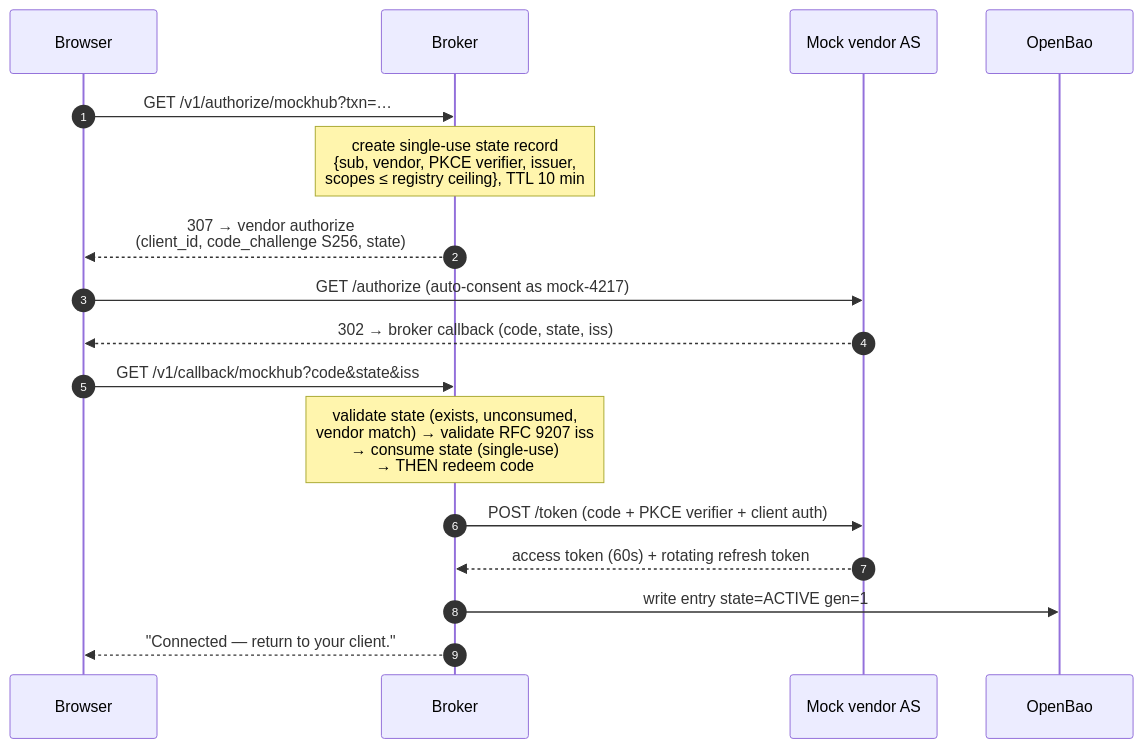
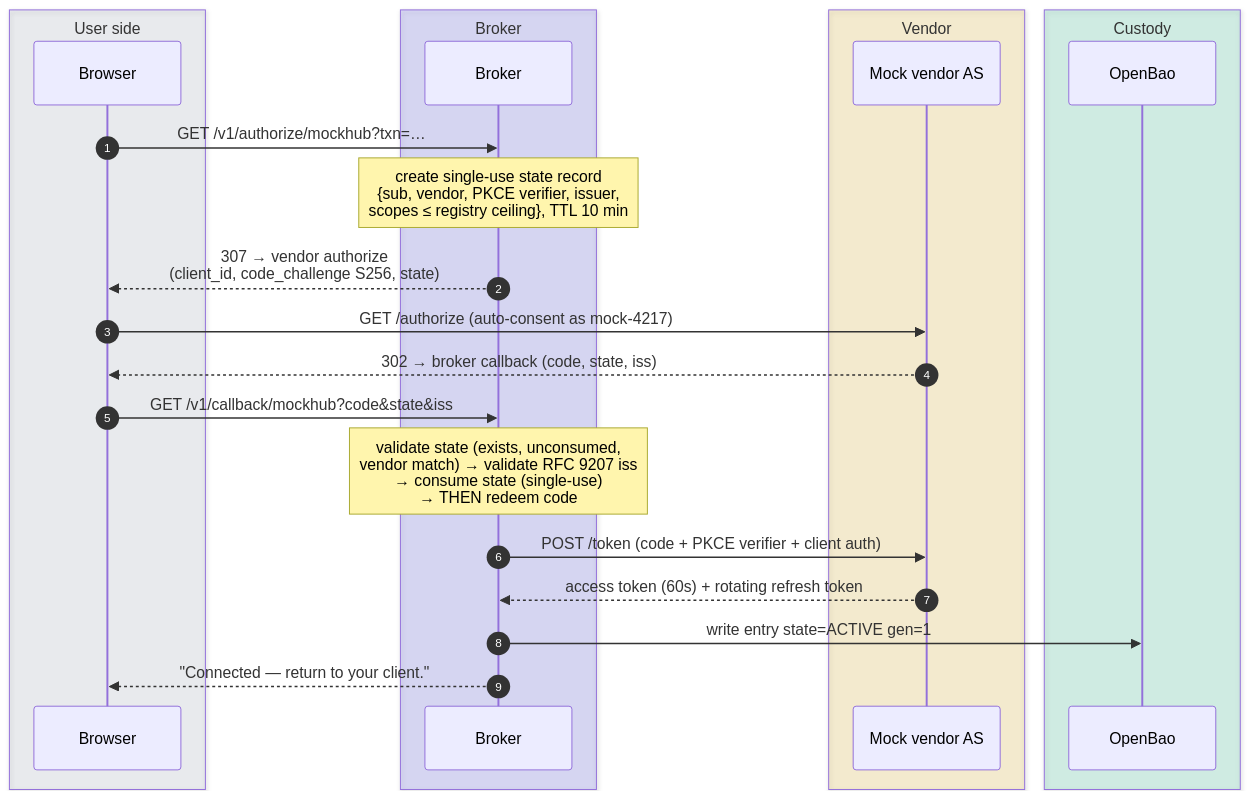
One commit to chief-builder/vendor-token-broker changed the third of 7 diagrams in docs/smoke-tests.md. Above: the diagram before and after it, drawn with Mermaid. The commit also changed other lines of this file and 1 other file, not shown here.

First line of the commit message:
docs: theme-aware diagram colors + decluttered orientation map

````diff
--- a/docs/smoke-tests.md
+++ b/docs/smoke-tests.md
@@ -140,19 +157,27 @@
 ```mermaid
 sequenceDiagram
     autonumber
-    participant UA as Browser
-    participant B as Broker
-    participant M as Mock vendor AS
-    participant V as OpenBao
+    box rgba(148,163,184,0.14) User side
+        participant UA as Browser
+    end
+    box rgba(99,102,241,0.20) Broker
+        participant B as Broker
+    end
+    box rgba(234,179,8,0.16) Vendor
+        participant M as Mock vendor AS
+    end
+    box rgba(16,185,129,0.16) Custody
+        participant V as OpenBao
+    end
     UA->>B: GET /v1/authorize/mockhub?txn=…
     Note over B: create single-use state record<br/>{sub, vendor, PKCE verifier, issuer,<br/>scopes ≤ registry ceiling}, TTL 10 min
     B-->>UA: 307 → vendor authorize<br/>(client_id, code_challenge S256, state)
     UA->>M: GET /authorize (auto-consent as mock-4217)
     M-->>UA: 302 → broker callback (code, state, iss)
     UA->>B: GET /v1/callback/mockhub?code&state&iss
     Note over B: validate state (exists, unconsumed,<br/>vendor match) → validate RFC 9207 iss<br/>→ consume state (single-use)<br/>→ THEN redeem code
     B->>M: POST /token (code + PKCE verifier + client auth)
     M-->>B: access token (60s) + rotating refresh token
     B->>V: write entry state=ACTIVE gen=1
     B-->>UA: "Connected — return to your client."
 ```
````
